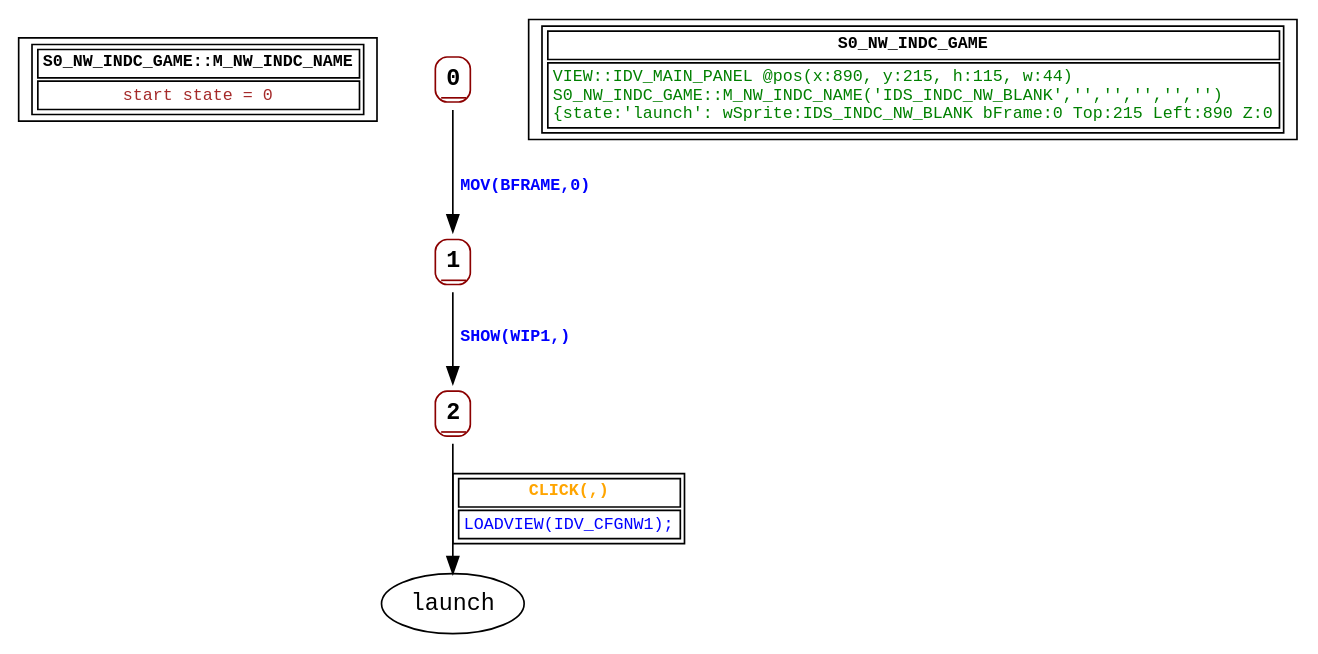
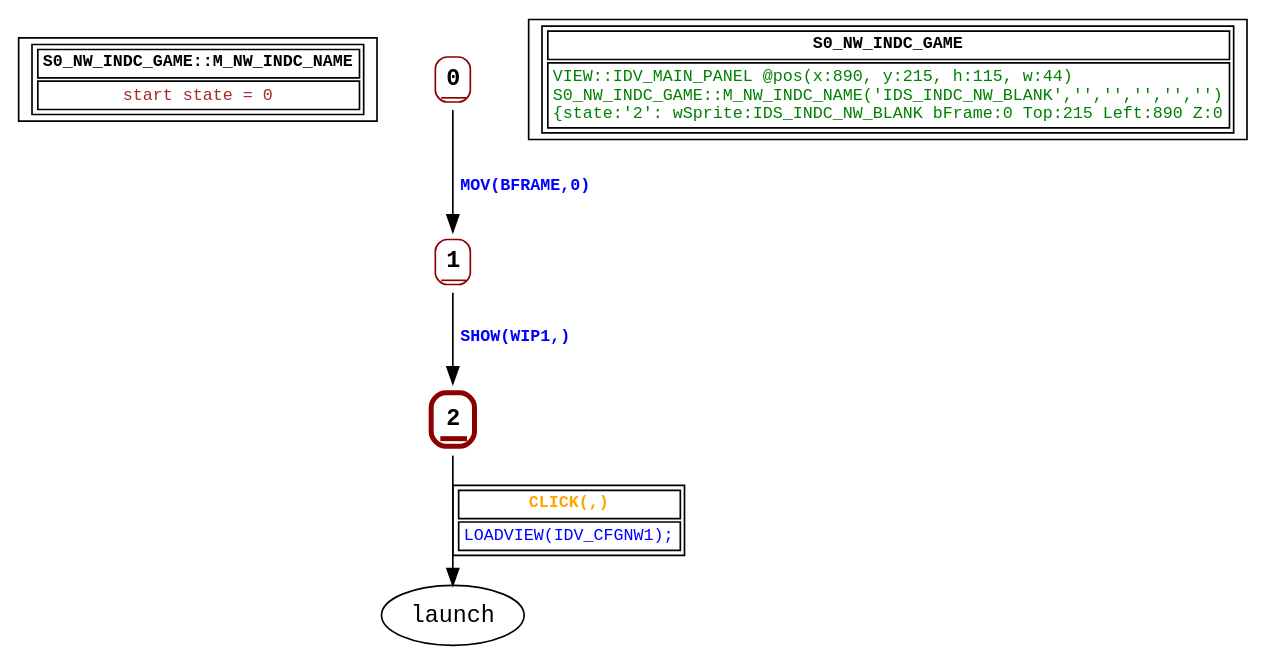
Before and after one commit to guy-stewart/AzariaCD: the diagram in graphs/S0_NW_INDC_GAME.dot, drawn with Graphviz. The commit also changed 7 other files, not shown here.

```diff
--- a/graphs/S0_NW_INDC_GAME.dot
+++ b/graphs/S0_NW_INDC_GAME.dot
@@ -1,25 +1,25 @@
 digraph Automaton {
  fontname="Courier New"
 	node [shape=oval, fontname="Courier New"];
 	filename[shape = record, fontsize=10, label=< <table border="1"><tr><td><b>S0_NW_INDC_GAME::M_NW_INDC_NAME<br align="left"/></b></td></tr>
 <tr><td><font point-size="10" color ="brown">start state = 0<br align="left"/></font></td></tr></table>>
 ];
 	0[shape = none, fontsize=14, label=< <table border="1" color="darkred" style="rounded"><tr><td sides="b"><b>0<br align="left"/></b></td></tr>
 </table>>];
 "0" -> "1" [fontcolor=blue,fontsize=10,fontname="Courier New", label=< <table border="0"><tr><td><b>MOV(BFRAME,0)<br align="left"/></b></td></tr>
 </table>>
 ];
 	1[shape = none, fontsize=14, label=< <table border="1" color="darkred" style="rounded"><tr><td sides="b"><b>1<br align="left"/></b></td></tr>
 </table>>];
 "1" -> "2" [fontcolor=blue,fontsize=10,fontname="Courier New", label=< <table border="0"><tr><td><b>SHOW(WIP1,)<br align="left"/></b></td></tr>
 </table>>
 ];
-	2[shape = none, fontsize=14, label=< <table border="1" color="darkred" style="rounded"><tr><td sides="b"><b>2<br align="left"/></b></td></tr>
+	2[shape = none, fontsize=14, label=< <table border="3" color="darkred" style="rounded"><tr><td sides="b"><b>2<br align="left"/></b></td></tr>
 </table>>];
 "2" -> "launch" [fontcolor=orange,fontsize=10,fontname="Courier New", label=< <table border="1"><tr><td><b>CLICK(,)<br align="left"/></b></td></tr>
 <tr><td><font point-size="10" color ="blue">LOADVIEW(IDV_CFGNW1);<br align="left"/></font></td></tr></table>>
 ];
 	status[shape = record, fontsize=10, label=< <table border="1"><tr><td><b>S0_NW_INDC_GAME<br align="left"/></b></td></tr>
-<tr><td><font point-size="10" color ="green">VIEW::IDV_MAIN_PANEL @pos(x:890, y:215, h:115, w:44)<br align="left"/>S0_NW_INDC_GAME::M_NW_INDC_NAME(&apos;IDS_INDC_NW_BLANK&apos;,&apos;&apos;,&apos;&apos;,&apos;&apos;,&apos;&apos;,&apos;&apos;)<br align="left"/>			&#123;state:&apos;launch&apos;: wSprite:IDS_INDC_NW_BLANK bFrame:0 Top:215 Left:890 Z:0<br align="left"/></font></td></tr></table>>
+<tr><td><font point-size="10" color ="green">VIEW::IDV_MAIN_PANEL @pos(x:890, y:215, h:115, w:44)<br align="left"/>S0_NW_INDC_GAME::M_NW_INDC_NAME(&apos;IDS_INDC_NW_BLANK&apos;,&apos;&apos;,&apos;&apos;,&apos;&apos;,&apos;&apos;,&apos;&apos;)<br align="left"/>			&#123;state:&apos;2&apos;: wSprite:IDS_INDC_NW_BLANK bFrame:0 Top:215 Left:890 Z:0<br align="left"/></font></td></tr></table>>
 ];
 }
```
